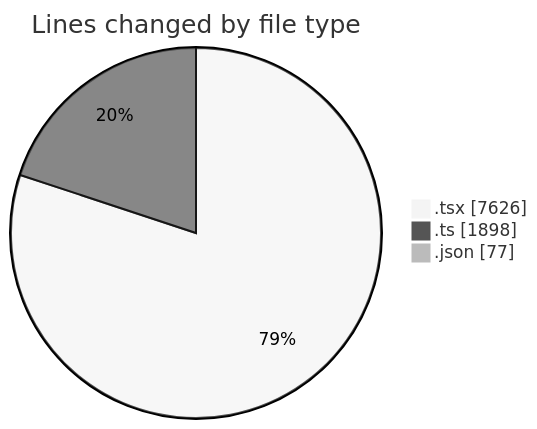
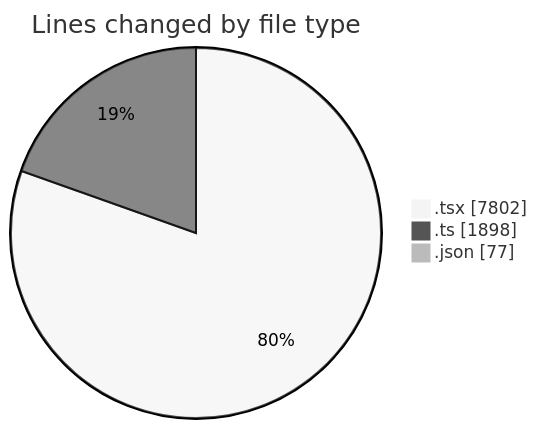
The first of 2 diagrams in 2026-03-22/nxtqube_webapp/README.md (nxtqubesakshisongat/code-tracking), drawn with Mermaid (neutral theme) before and after one commit. The commit also changed other lines of this file and 1 other file, not shown here.

````diff
--- a/2026-03-22/nxtqube_webapp/README.md
+++ b/2026-03-22/nxtqube_webapp/README.md
@@ -46,7 +47,7 @@
 ```mermaid
 pie showData
 title Lines changed by file type
-".tsx" : 7626
+".tsx" : 7802
 ".ts" : 1898
 ".json" : 77
 ```
````
